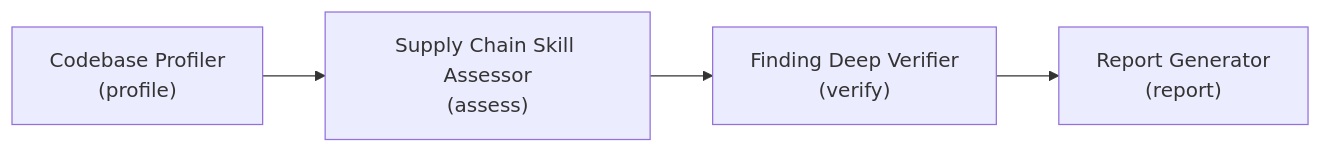
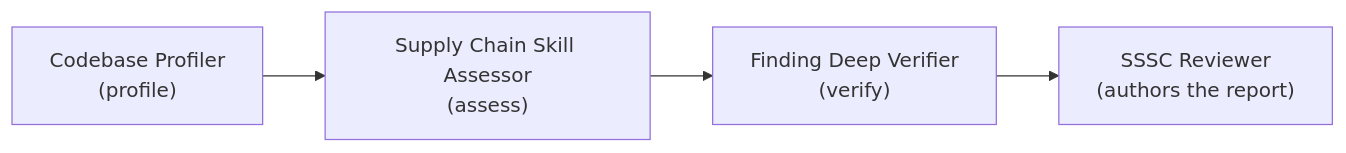
The diagram in docs/agents/security/sssc-reviewer.md (MohammedAlkindi/hve-core), drawn with Mermaid before and after one commit. The commit also changed other lines of this file and 54 other files, not shown here.

````diff
--- a/docs/agents/security/sssc-reviewer.md
+++ b/docs/agents/security/sssc-reviewer.md
@@ -54,6 +57,6 @@
 ```mermaid
 flowchart LR
   A["Codebase Profiler<br/>(profile)"] --> B["Supply Chain Skill Assessor<br/>(assess)"]
   B --> C["Finding Deep Verifier<br/>(verify)"]
-  C --> D["Report Generator<br/>(report)"]
+  C --> D["SSSC Reviewer<br/>(authors the report)"]
 ```
````
